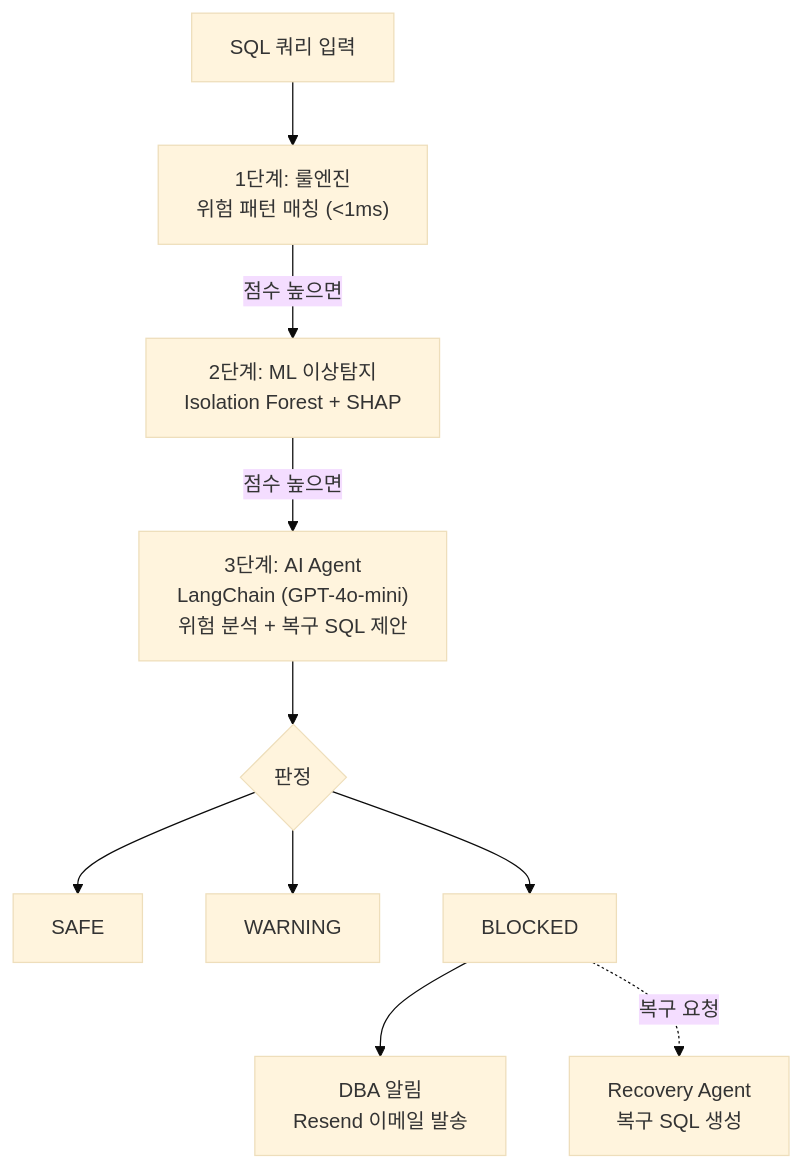
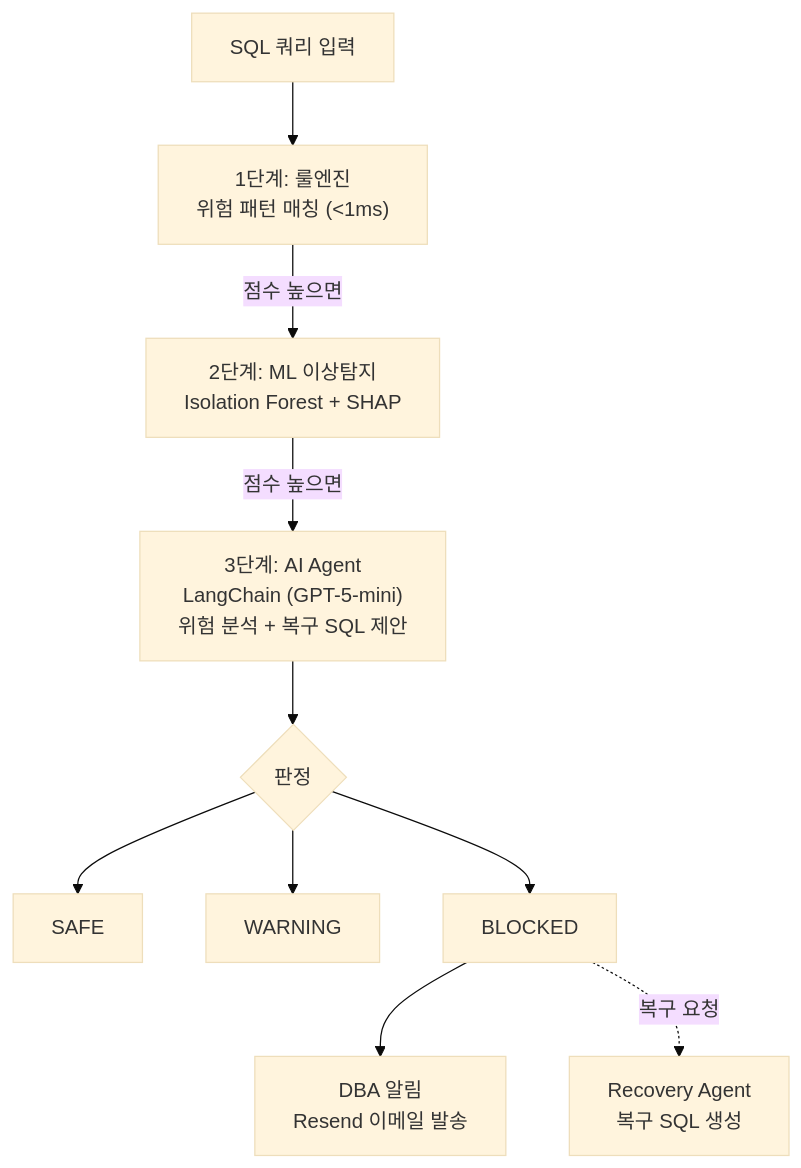
Before and after one commit to ASNGG/cafe24-demo: the fifth of 7 diagrams in README.md, drawn with Mermaid (base theme). The commit also changed other lines of this file and 25 other files, not shown here.

````diff
--- a/README.md
+++ b/README.md
@@ -441,23 +469,23 @@
 ```mermaid
 flowchart TD
     A["SQL 쿼리 입력"]
     B["1단계: 룰엔진<br/>위험 패턴 매칭 (<1ms)"]
     C["2단계: ML 이상탐지<br/>Isolation Forest + SHAP"]
-    D["3단계: AI Agent<br/>LangChain (GPT-4o-mini)<br/>위험 분석 + 복구 SQL 제안"]
+    D["3단계: AI Agent<br/>LangChain (GPT-5-mini)<br/>위험 분석 + 복구 SQL 제안"]
     E{"판정"}
     F["SAFE"]
     G["WARNING"]
     H["BLOCKED"]
     I["DBA 알림<br/>Resend 이메일 발송"]
     J["Recovery Agent<br/>복구 SQL 생성"]
 
     A --> B
     B -->|"점수 높으면"| C
     C -->|"점수 높으면"| D
     D --> E
     E --> F
     E --> G
     E --> H
     H --> I
     H -.->|"복구 요청"| J
 ```
````
